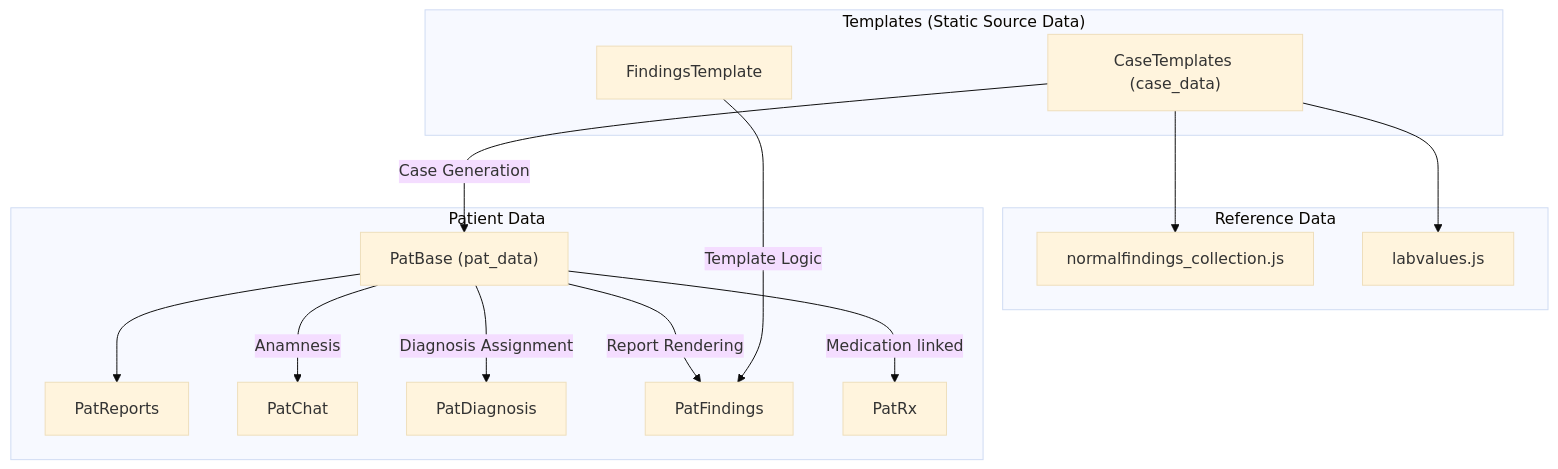
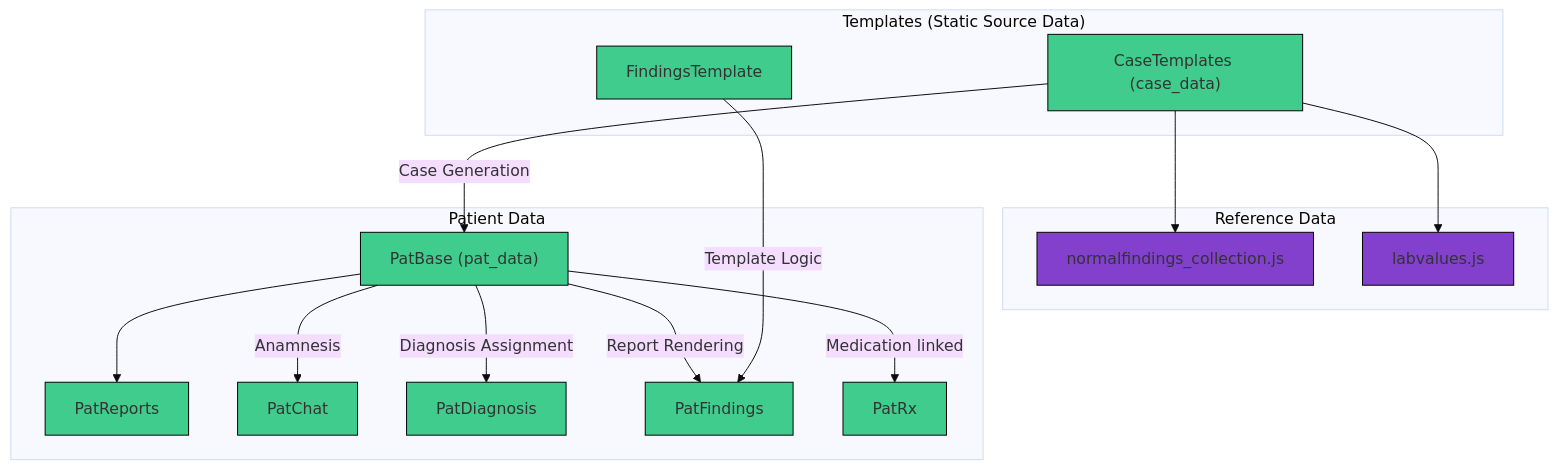
Before and after one commit to jan-cieslik/clinicedge_docs: the diagram in docs/4_1_system_logic.md, drawn with Mermaid (base theme). The commit also changed 12 other files, not shown here.

````diff
--- a/docs/4_1_system_logic.md
+++ b/docs/4_1_system_logic.md
@@ -6,27 +6,32 @@
 ```mermaid
 flowchart TD
  subgraph Templates["Templates (Static Source Data)"]
-        CT["CaseTemplates (case_data)"]
-        FT["FindingsTemplate"]
+        CT["CaseTemplates (case_data)"]:::supabase
+        FT["FindingsTemplate"]:::supabase
   end
  subgraph Reference_Data["Reference Data"]
-        NF["normalfindings_collection.js"]
-        LV["labvalues.js"]
+        NF["normalfindings_collection.js"]:::reference
+        LV["labvalues.js"]:::reference
   end
  subgraph Patient_Data["Patient Data"]
-        PB["PatBase (pat_data)"]
-        PR["PatReports"]
-        PC["PatChat"]
-        PDx["PatDiagnosis"]
-        PF["PatFindings"]
-        Rx["PatRx"]
+        PB["PatBase (pat_data)"]:::supabase
+        PR["PatReports"]:::supabase
+        PC["PatChat"]:::supabase
+        PDx["PatDiagnosis"]:::supabase
+        PF["PatFindings"]:::supabase
+        Rx["PatRx"]:::supabase
   end
     CT -- Case Generation --> PB
     PB --> PR
     PB -- Anamnesis --> PC
     PB -- Diagnosis Assignment --> PDx
     PB -- Report Rendering --> PF
     FT -- Template Logic --> PF
     PB -- Medication linked --> Rx
     CT --> NF & LV
+
+classDef supabase fill:#40cc8c,stroke:#000000,stroke-width:1px;
+classDef UI fill:#30acac,stroke:#000000,stroke-width:1px;
+classDef logic fill:#cc4078,stroke:#000000,stroke-width:1px;
+classDef reference fill:#8240cc,stroke:#000000,stroke-width:1px;
 ```
````
